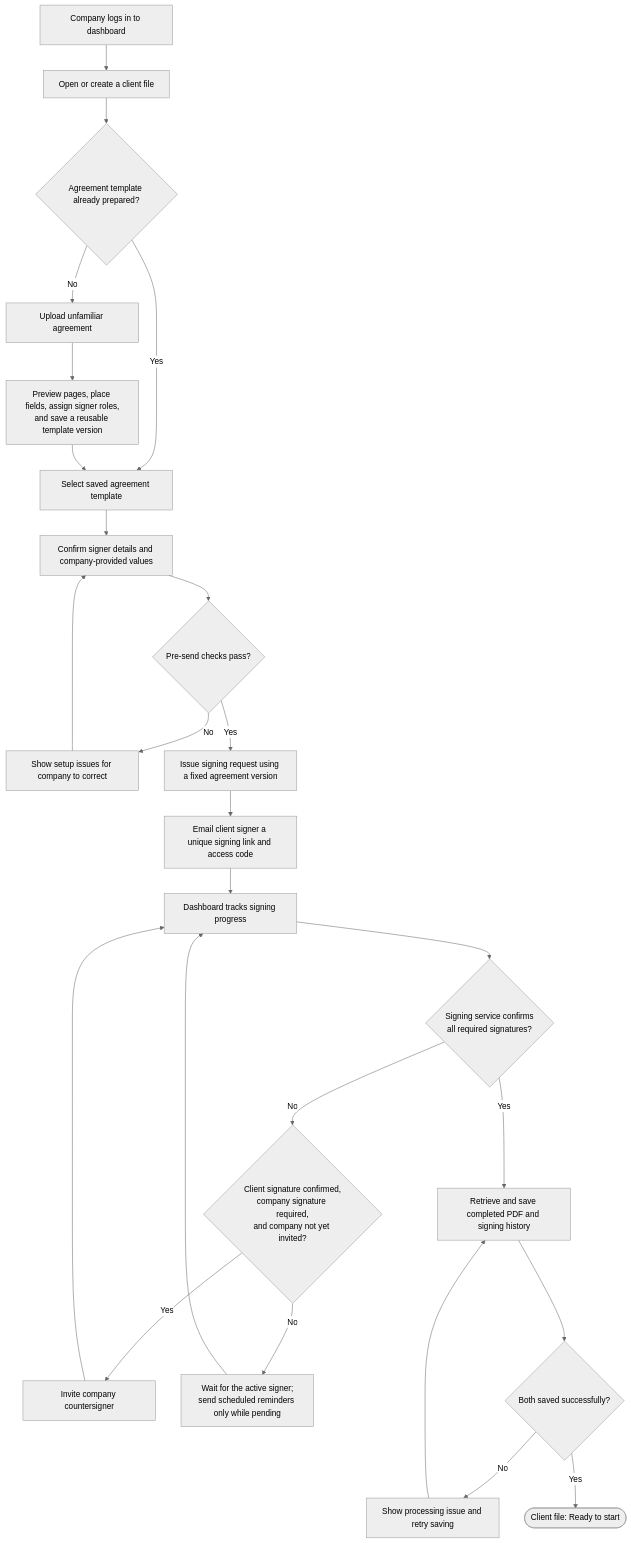
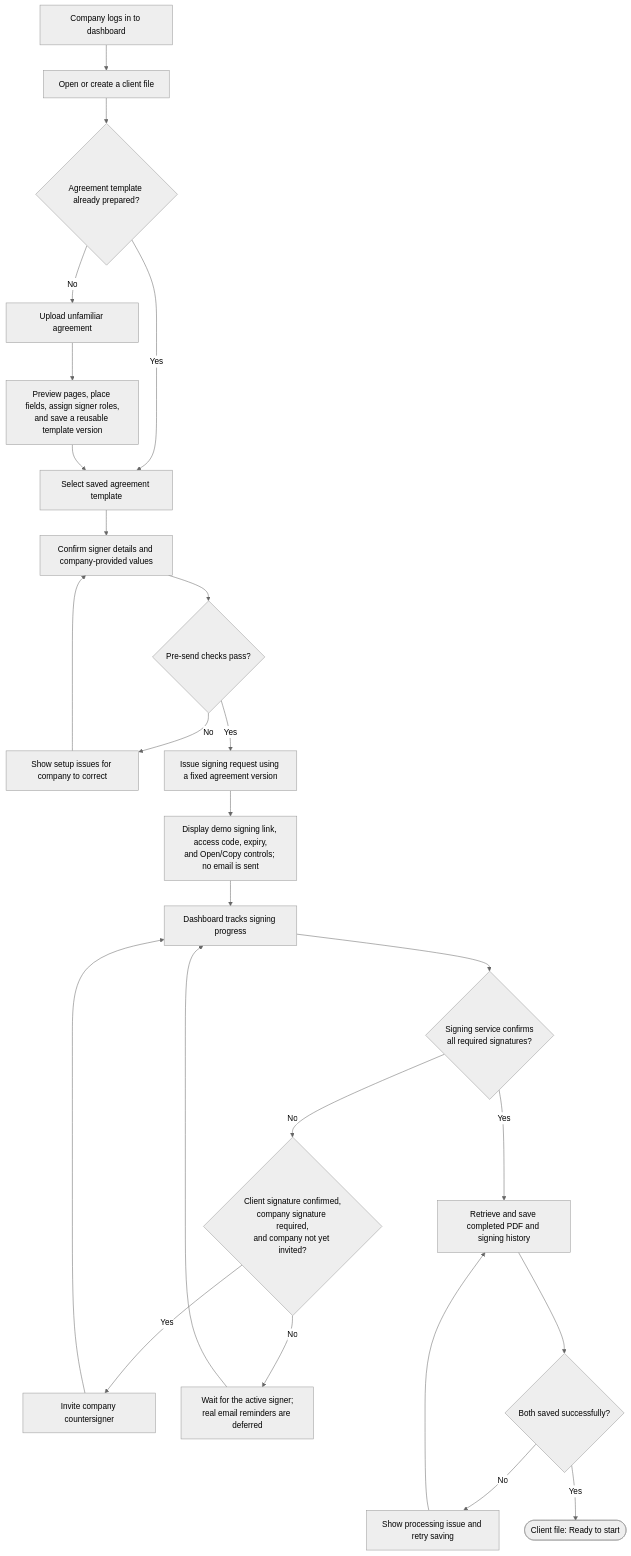
The first of 2 diagrams in README.md (Aayushnepal09/Astra_Round2), drawn with Mermaid (neutral theme) before and after one commit. The commit also changed other lines of this file and 16 other files, not shown here.

````diff
--- a/README.md
+++ b/README.md
@@ -7,31 +15,31 @@
 ```mermaid
 flowchart TD
     A["Company logs in to dashboard"] --> B["Open or create a client file"]
     B --> C{"Agreement template already prepared?"}
 
     C -- Yes --> F["Select saved agreement template"]
     C -- No --> D["Upload unfamiliar agreement"]
     D --> E["Preview pages, place fields, assign signer roles,<br/>and save a reusable template version"]
     E --> F
 
     F --> G["Confirm signer details and company-provided values"]
     G --> H{"Pre-send checks pass?"}
     H -- No --> I["Show setup issues for company to correct"]
     I --> G
     H -- Yes --> J["Issue signing request using a fixed agreement version"]
-    J --> K["Email client signer a unique signing link and access code"]
+    J --> K["Display demo signing link, access code, expiry,<br/>and Open/Copy controls; no email is sent"]
     K --> L["Dashboard tracks signing progress"]
 
     L --> M{"Signing service confirms<br/>all required signatures?"}
     M -- No --> N{"Client signature confirmed,<br/>company signature required,<br/>and company not yet invited?"}
     N -- Yes --> O["Invite company countersigner"]
     O --> L
-    N -- No --> P["Wait for the active signer;<br/>send scheduled reminders only while pending"]
+    N -- No --> P["Wait for the active signer;<br/>real email reminders are deferred"]
     P --> L
 
     M -- Yes --> Q["Retrieve and save completed PDF and signing history"]
     Q --> R{"Both saved successfully?"}
     R -- No --> S["Show processing issue and retry saving"]
     S --> Q
     R -- Yes --> T(["Client file: Ready to start"])
 ```
````
